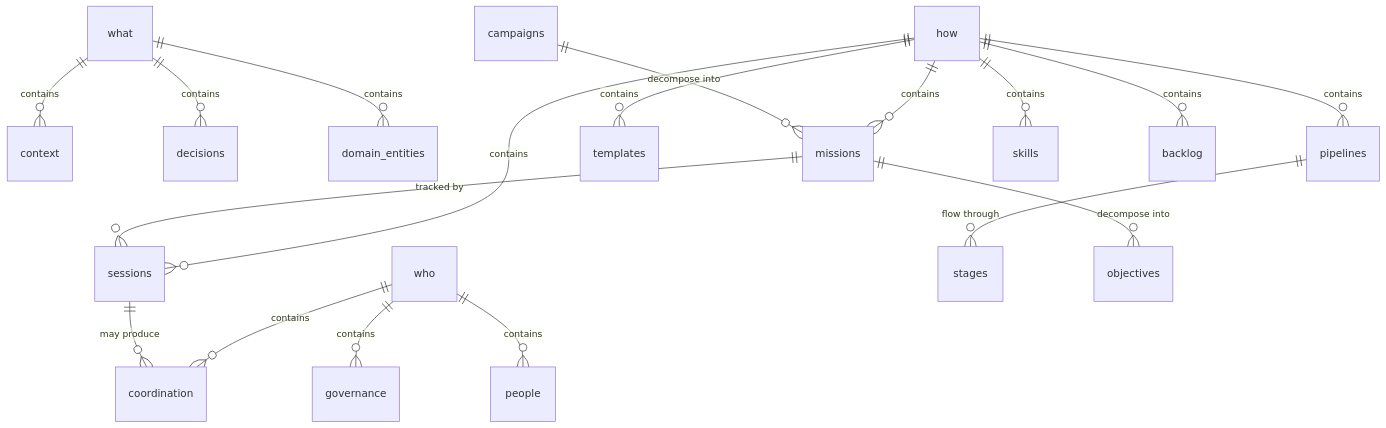
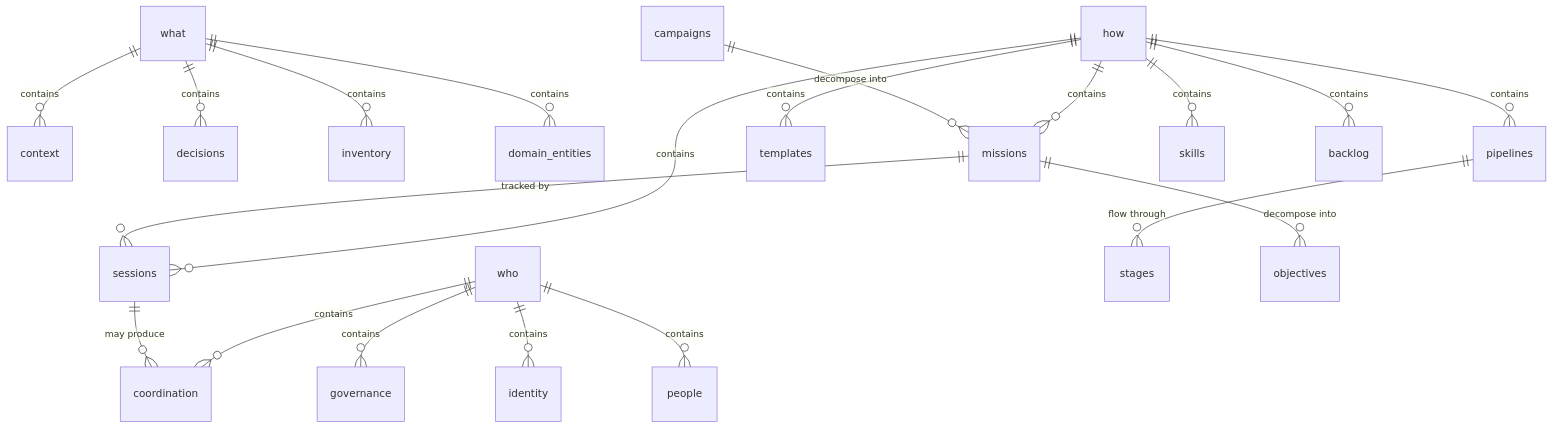
One commit to aDNA-Network/aDNA.aDNA changed the third of 9 diagrams in site/src/content/reference/specification.mdx. Above: the diagram before and after it, drawn with Mermaid. The commit also changed other lines of this file and 12 other files, not shown here.

````diff
--- a/site/src/content/reference/specification.mdx
+++ b/site/src/content/reference/specification.mdx
@@ -379,20 +380,22 @@
 ```mermaid
 erDiagram
     what ||--o{ context : contains
     what ||--o{ decisions : contains
+    what ||--o{ inventory : contains
     what ||--o{ domain_entities : contains
     how ||--o{ missions : contains
     how ||--o{ sessions : contains
     how ||--o{ templates : contains
     how ||--o{ pipelines : contains
     how ||--o{ skills : contains
     how ||--o{ backlog : contains
     who ||--o{ coordination : contains
     who ||--o{ governance : contains
+    who ||--o{ identity : contains
     who ||--o{ people : contains
     missions ||--o{ sessions : "tracked by"
     sessions ||--o{ coordination : "may produce"
     pipelines ||--o{ stages : "flow through"
     campaigns ||--o{ missions : "decompose into"
     missions ||--o{ objectives : "decompose into"
 ```
````
